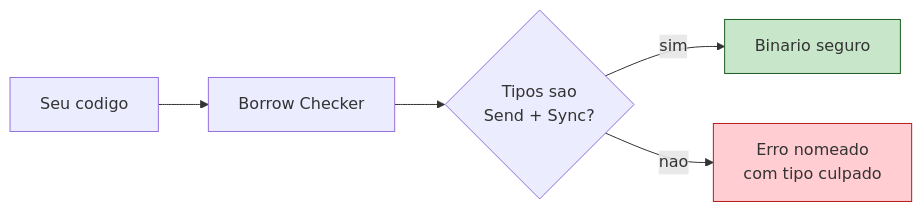
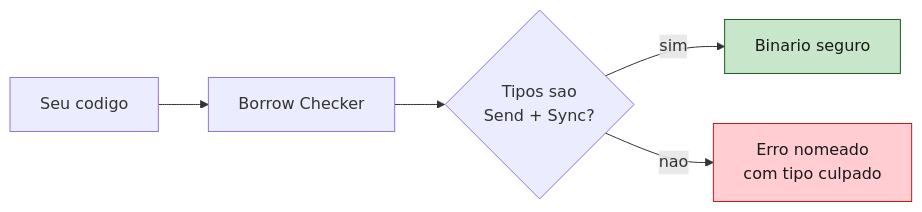
One commit to Felipeness/ferro-e-espirito changed the third of 3 diagrams in book/part-11-concurrency/ch30-threads-send-sync.md. Above: the diagram before and after it, drawn with Mermaid. The commit also changed other lines of this file and 56 other files, not shown here.

First line of the commit message:
fix: contraste de texto em diagramas mermaid

````diff
--- a/book/part-11-concurrency/ch30-threads-send-sync.md
+++ b/book/part-11-concurrency/ch30-threads-send-sync.md
@@ -560,10 +560,10 @@
 ```mermaid
 graph LR
     Code[Seu codigo] --> BC[Borrow Checker]
     BC --> SS{Tipos sao<br/>Send + Sync?}
     SS -->|sim| Compila[Binario seguro]
     SS -->|nao| Erro[Erro nomeado<br/>com tipo culpado]
 
-    style Compila fill:#c8e6c9,stroke:#1b5e20
-    style Erro fill:#ffcdd2,stroke:#b71c1c
+    style Compila fill:#c8e6c9,stroke:#1b5e20,color:#1a1a1a
+    style Erro fill:#ffcdd2,stroke:#b71c1c,color:#1a1a1a
 ```
````
